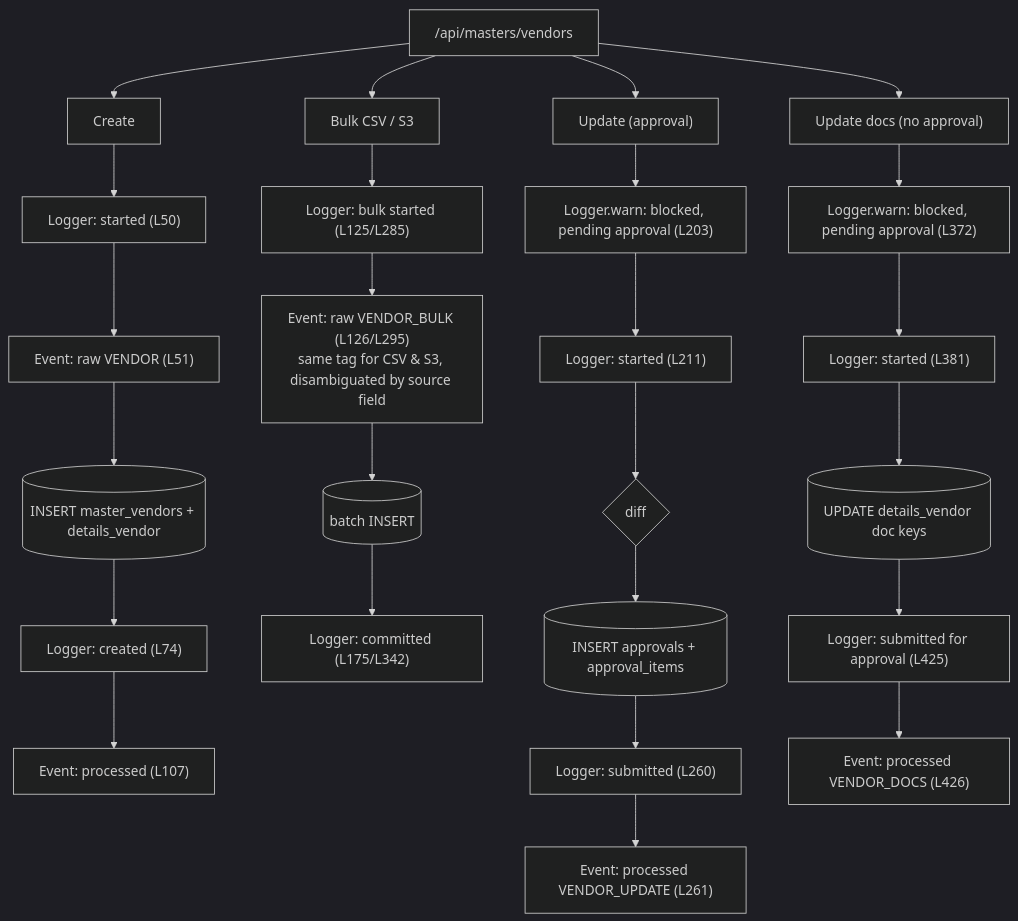
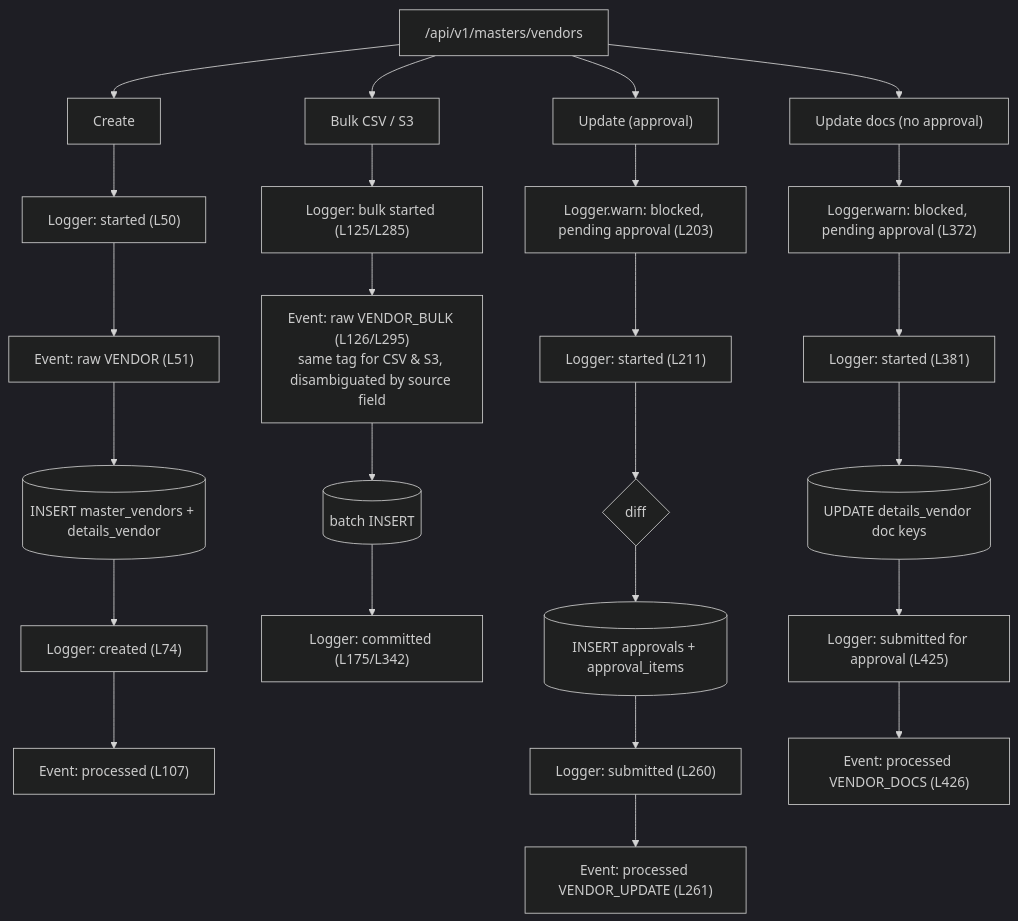
One commit to ERP-PreFg-Admin/ERP-Prefg-Tool changed the second of 10 diagrams in erp_project/docs/interaction-logging-map.md. Above: the diagram before and after it, drawn with Mermaid (dark theme). The commit also changed other lines of this file and 96 other files, not shown here.

````diff
--- a/erp_project/docs/interaction-logging-map.md
+++ b/erp_project/docs/interaction-logging-map.md
@@ -77,15 +77,15 @@
 ```mermaid
 flowchart TD
-    P["/api/masters/vendors"] --> Create["Create"]
+    P["/api/v1/masters/vendors"] --> Create["Create"]
     P --> Bulk["Bulk CSV / S3"]
     P --> Update["Update (approval)"]
     P --> Docs["Update docs (no approval)"]
 
     Create --> L1["Logger: started (L50)"] --> E1["Event: raw VENDOR (L51)"] --> DB1[("INSERT master_vendors + details_vendor")] --> L2["Logger: created (L74)"] --> E2["Event: processed (L107)"]
 
     Bulk --> L3["Logger: bulk started (L125/L285)"] --> E3["Event: raw VENDOR_BULK (L126/L295)\nsame tag for CSV & S3, disambiguated by source field"] --> DB2[("batch INSERT")] --> L4["Logger: committed (L175/L342)"]
 
     Update --> LBlk["Logger.warn: blocked, pending approval (L203)"] --> L5["Logger: started (L211)"] --> Diff{diff} --> AR[("INSERT approvals + approval_items")] --> L6["Logger: submitted (L260)"] --> E4["Event: processed VENDOR_UPDATE (L261)"]
 
     Docs --> LBlk2["Logger.warn: blocked, pending approval (L372)"] --> L7["Logger: started (L381)"] --> DB3[("UPDATE details_vendor doc keys")] --> L8["Logger: submitted for approval (L425)"] --> E5["Event: processed VENDOR_DOCS (L426)"]
 ```
````
